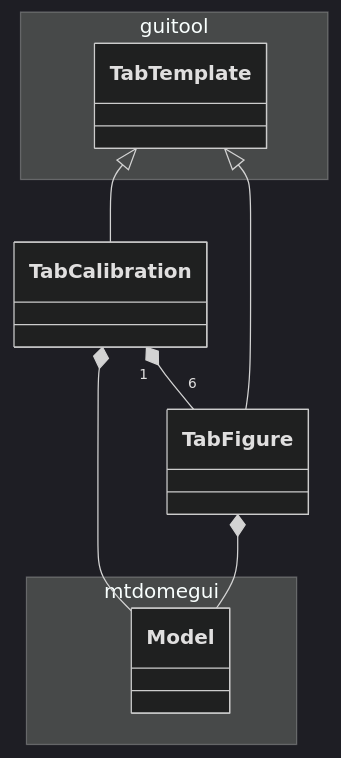
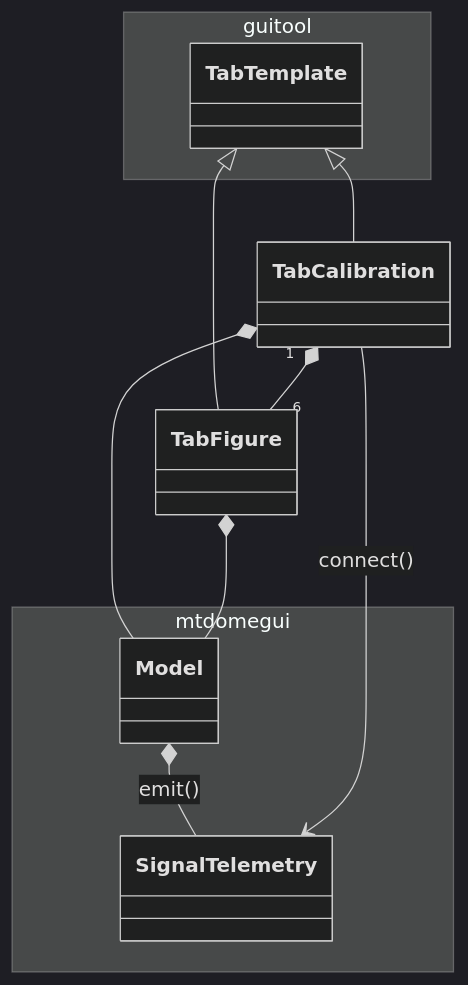
One commit to lsst-ts/ts_mtdomegui changed the diagram in doc/uml/tab/class_tab_calibration.mmd. Above: the diagram before and after it, drawn with Mermaid (dark theme). The commit also changed 11 other files, not shown here.

```diff
--- a/doc/uml/tab/class_tab_calibration.mmd
+++ b/doc/uml/tab/class_tab_calibration.mmd
@@ -1,17 +1,21 @@
 classDiagram
 
 namespace guitool {
   class TabTemplate
 }
 
 namespace mtdomegui {
   class Model
+  class SignalTelemetry
 }
+
+Model *-- SignalTelemetry : emit()
 
 TabTemplate <|-- TabCalibration
 TabTemplate <|-- TabFigure
 
 TabCalibration *-- Model
 TabCalibration "1" *-- "6" TabFigure
+TabCalibration --> SignalTelemetry : connect()
 
 TabFigure *-- Model
```
